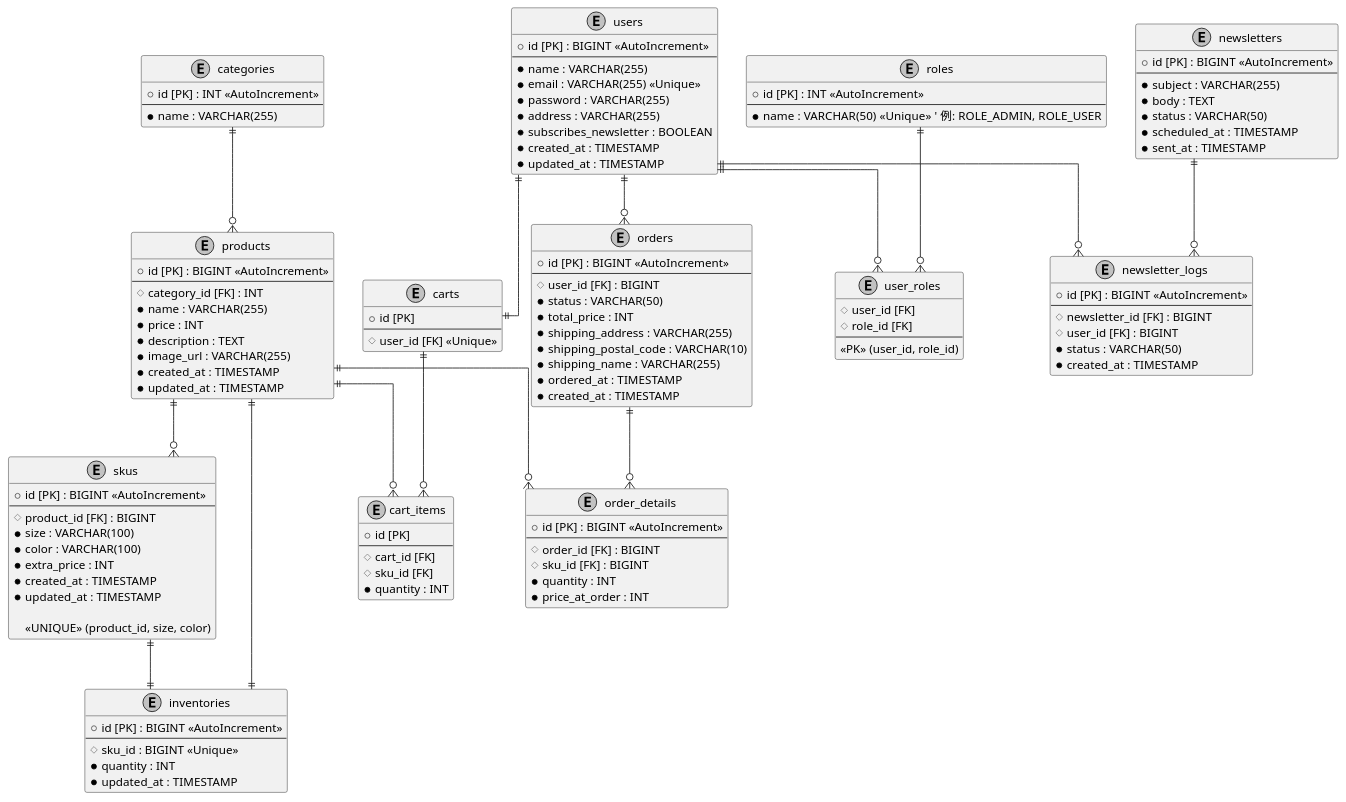
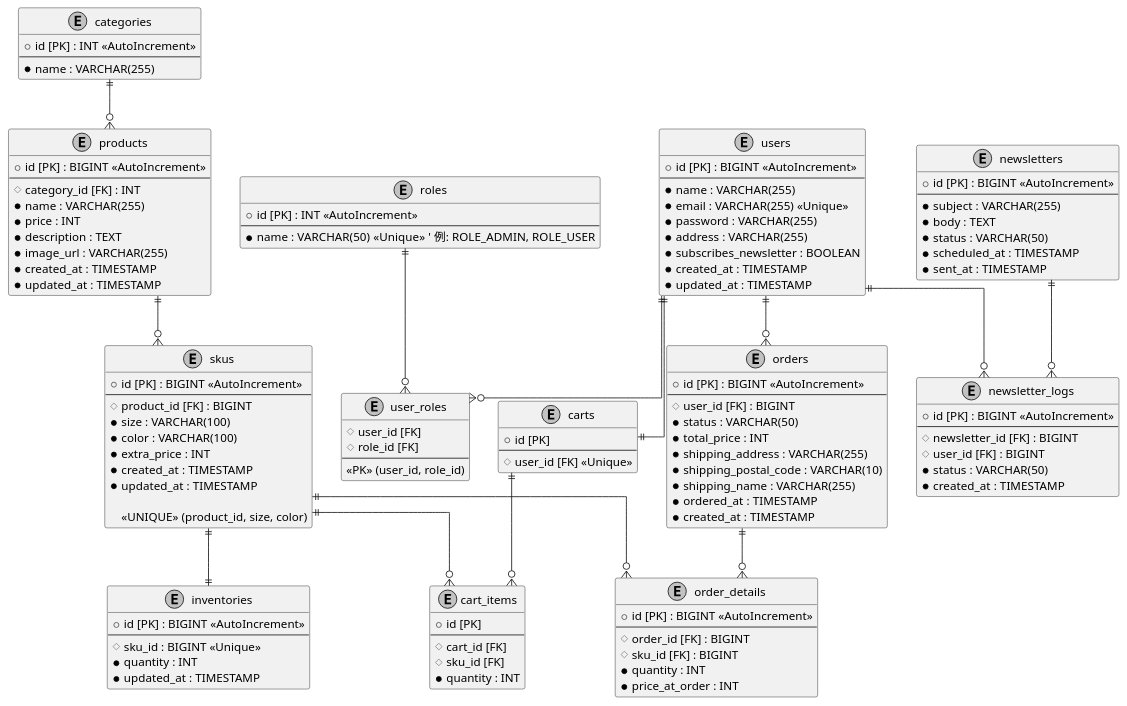
Before and after one commit to Atgsasakazh5/my-ec-site: the diagram in docs/diagrams/er_diagram.puml, drawn with PlantUML. The commit also changed 7 other files, not shown here.

```diff
--- a/docs/diagrams/er_diagram.puml
+++ b/docs/diagrams/er_diagram.puml
@@ -1,184 +1,181 @@
 @startuml EC Site ERD
 
 ' 図の見た目を整える skinparam
 skinparam linetype ortho
 skinparam monochrome true
 hide empty members
 
 ' --- エンティティ（テーブル）の定義 ---
 
 ' ユーザーテーブル
 entity "users" {
     + id [PK] : BIGINT <<AutoIncrement>>
     --
     * name : VARCHAR(255)
     * email : VARCHAR(255) <<Unique>>
     * password : VARCHAR(255)
     * address : VARCHAR(255)
     * subscribes_newsletter : BOOLEAN
     * created_at : TIMESTAMP
     * updated_at : TIMESTAMP
 }
 
 ' 商品カテゴリテーブル
 entity "categories" {
     + id [PK] : INT <<AutoIncrement>>
     --
     * name : VARCHAR(255)
 }
 
 ' 商品テーブル
 entity "products" {
     + id [PK] : BIGINT <<AutoIncrement>>
     --
     # category_id [FK] : INT
     * name : VARCHAR(255)
     * price : INT
     * description : TEXT
     * image_url : VARCHAR(255)
     * created_at : TIMESTAMP
     * updated_at : TIMESTAMP
 }
 
 ' 注文テーブル
 entity "orders" {
     + id [PK] : BIGINT <<AutoIncrement>>
     --
     # user_id [FK] : BIGINT
     * status : VARCHAR(50)
     * total_price : INT
     ' --- 配送先情報 ---
     * shipping_address : VARCHAR(255)
     * shipping_postal_code : VARCHAR(10)
     * shipping_name : VARCHAR(255)
     ' ---
     * ordered_at : TIMESTAMP
     * created_at : TIMESTAMP
 }
 
 ' 注文明細テーブル（中間テーブル）
 entity "order_details" {
     + id [PK] : BIGINT <<AutoIncrement>>
     --
     # order_id [FK] : BIGINT
     # sku_id [FK] : BIGINT
     * quantity : INT
     * price_at_order : INT
 }
 
 ' SKUテーブル（商品に対するSKU情報）
 entity "skus" {
     + id [PK] : BIGINT <<AutoIncrement>>
     --
     # product_id [FK] : BIGINT
     ' ON DELETE CASCADE
     * size : VARCHAR(100)
     * color : VARCHAR(100)
     * extra_price : INT
     * created_at : TIMESTAMP
     * updated_at : TIMESTAMP
 
     ' 複合ユニーク制約
   <<UNIQUE>> (product_id, size, color)
 }
 
 ' 在庫テーブル
 entity "inventories" {
     + id [PK] : BIGINT <<AutoIncrement>>
     --
     # sku_id : BIGINT <<Unique>>
     ' ON DELETE CASCADE
     * quantity : INT
     * updated_at : TIMESTAMP
 }
 
 ' カートテーブル
 entity "carts" {
     + id [PK]
     --
     # user_id [FK] <<Unique>>
 }
 
 ' カート内商品テーブル
 entity "cart_items" {
     + id [PK]
     --
     # cart_id [FK]
     # sku_id [FK]
     * quantity : INT
 }
 
 ' ロールマスタテーブル
 entity "roles" {
     + id [PK] : INT <<AutoIncrement>>
     --
     * name : VARCHAR(50) <<Unique>>  ' 例: ROLE_ADMIN, ROLE_USER
 }
 
 ' ユーザーとロールの中間テーブル
 entity "user_roles" {
     # user_id [FK]
     # role_id [FK]
     --
     <<PK>> (user_id, role_id)
 }
 
 ' メールマガジン管理テーブル
 entity "newsletters" {
     + id [PK] : BIGINT <<AutoIncrement>>
     --
     * subject : VARCHAR(255)
     * body : TEXT
     * status : VARCHAR(50)
     * scheduled_at : TIMESTAMP
     * sent_at : TIMESTAMP
 }
 
 ' メールマガジン配信ログテーブル
 entity "newsletter_logs" {
     + id [PK] : BIGINT <<AutoIncrement>>
     --
     # newsletter_id [FK] : BIGINT
     # user_id [FK] : BIGINT
     * status : VARCHAR(50)
     * created_at : TIMESTAMP
 }
 
 
 ' --- リレーションシップの定義 ---
 
 ' ユーザーと注文 1対多
 users ||--o{orders
 
 ' カテゴリと商品 1対多
 categories ||--o{products
 
 ' 注文と注文明細 1対多
 orders ||--o{order_details
 
-' 商品と注文明細 1対多
-products ||--o{order_details
-
-' 商品と在庫は1対1
-products ||--|| inventories
+' SKUと注文明細 1対多
+skus ||--o{order_details
 
 ' 商品とSKUは1対多
 products ||--o{skus
 
 ' SKUと在庫は1対1
 skus ||--|| inventories
 
 ' カート機能のリレーション
 users ||--|| carts
 carts ||--o{cart_items
-products ||--o{cart_items
+skus ||--o{cart_items
 
 'ユーザーロールのリレーション
 users ||--o{user_roles
 roles ||--o{user_roles
 
 ' メールマガジンのリレーション
 newsletters ||--o{newsletter_logs
 users ||--o{newsletter_logs
 
 @enduml
```
